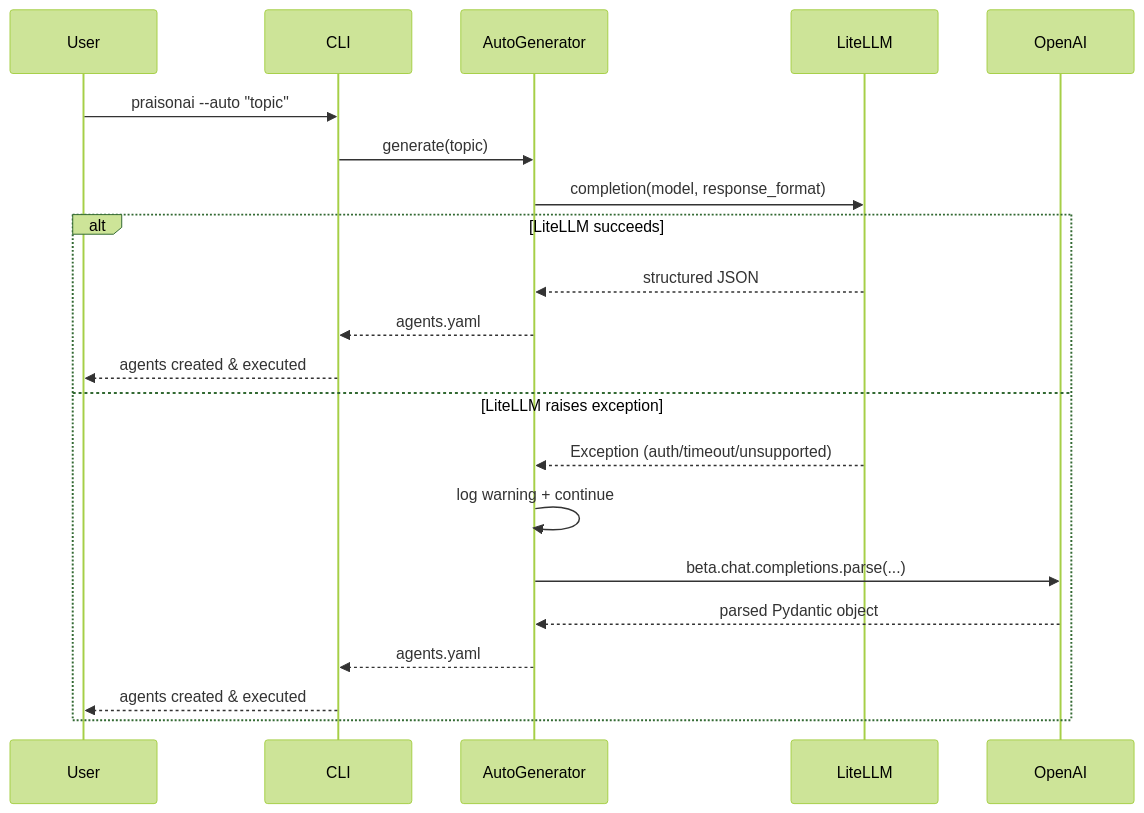
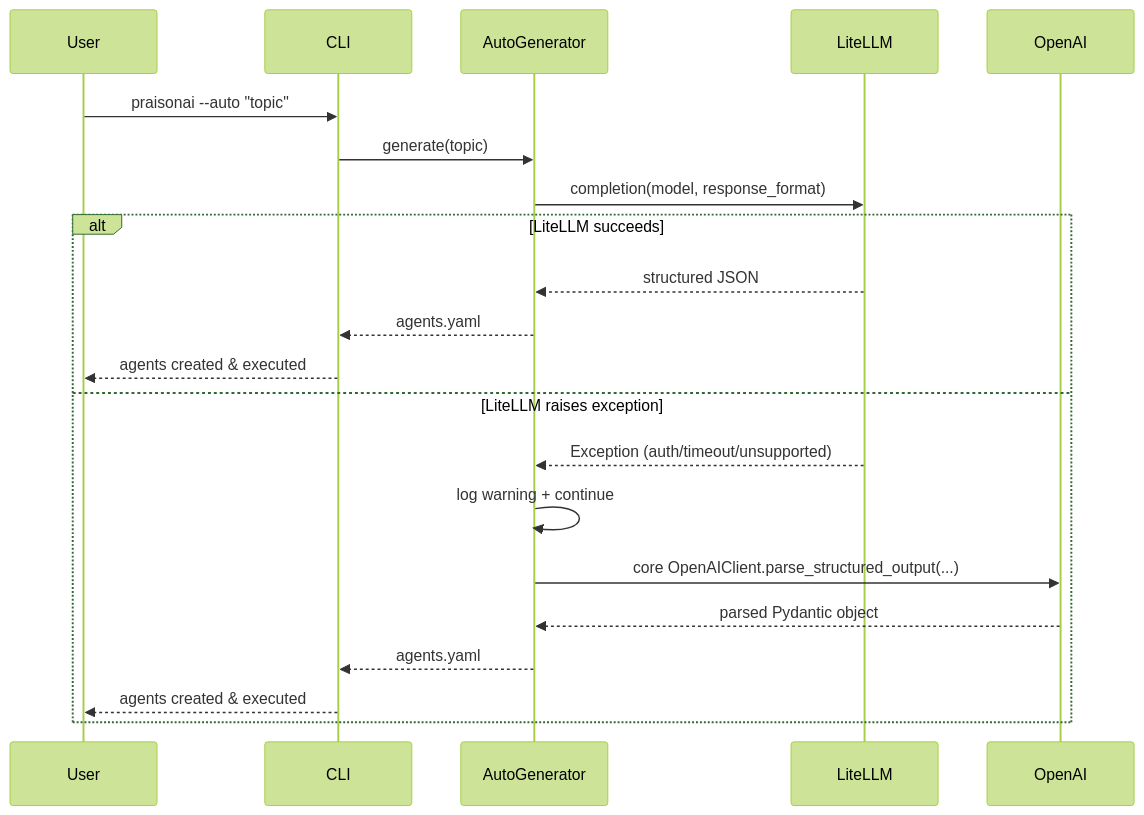
One commit to MervinPraison/PraisonAIDocs changed the second of 3 diagrams in docs/features/auto-generator-providers.mdx. Above: the diagram before and after it, drawn with Mermaid (forest theme). The commit also changed other lines of this file and 2 other files, not shown here.

First line of the commit message:
docs: reflect auto.py delegation to core OpenAIClient (fixes #1943)

````diff
--- a/docs/features/auto-generator-providers.mdx
+++ b/docs/features/auto-generator-providers.mdx
@@ -161,24 +161,24 @@
 ```mermaid
 sequenceDiagram
     participant User
     participant CLI
     participant AutoGenerator
     participant LiteLLM
     participant OpenAI
 
     User->>CLI: praisonai --auto "topic"
     CLI->>AutoGenerator: generate(topic)
     AutoGenerator->>LiteLLM: completion(model, response_format)
     alt LiteLLM succeeds
         LiteLLM-->>AutoGenerator: structured JSON
         AutoGenerator-->>CLI: agents.yaml
         CLI-->>User: agents created & executed
     else LiteLLM raises exception
         LiteLLM-->>AutoGenerator: Exception (auth/timeout/unsupported)
         AutoGenerator->>AutoGenerator: log warning + continue
-        AutoGenerator->>OpenAI: beta.chat.completions.parse(...)
+        AutoGenerator->>OpenAI: core OpenAIClient.parse_structured_output(...)
         OpenAI-->>AutoGenerator: parsed Pydantic object
         AutoGenerator-->>CLI: agents.yaml
         CLI-->>User: agents created & executed
     end
 ```
````
